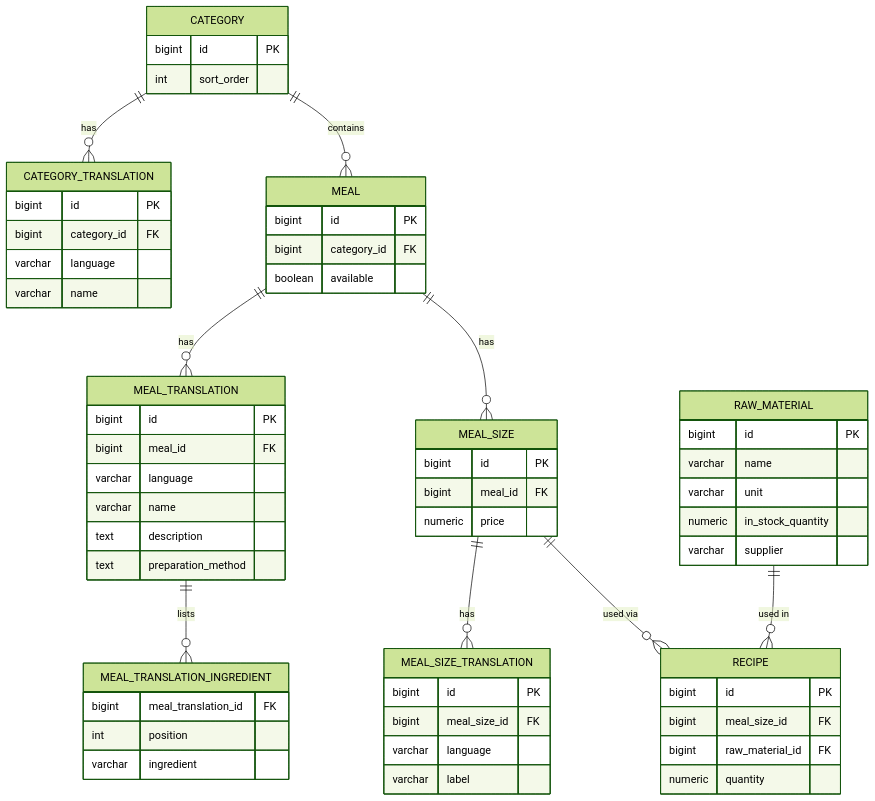
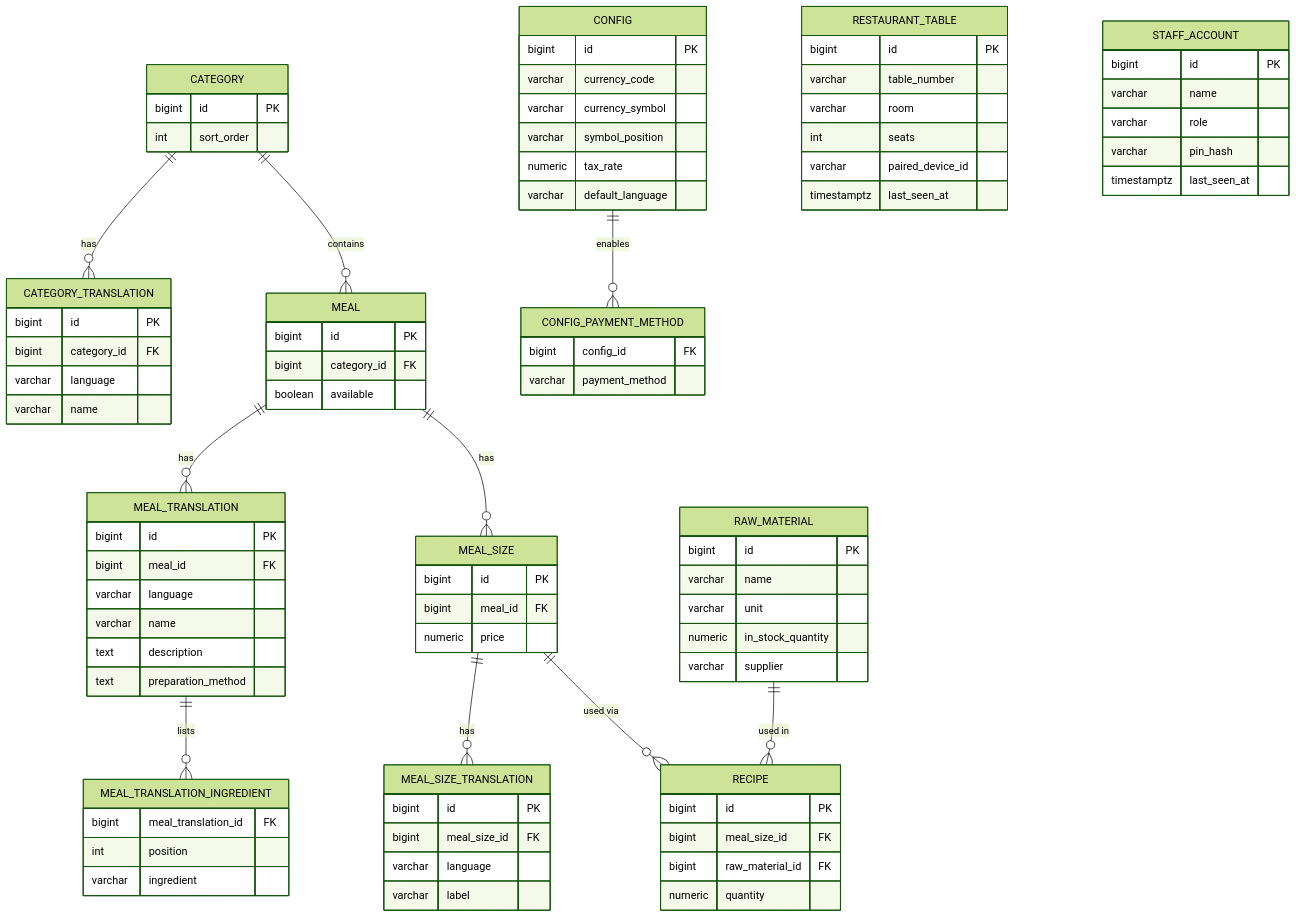
The diagram in Documentation/database-schema.md (osamasado/Restaurant-Orders-Management), drawn with Mermaid (forest theme) before and after one commit. The commit also changed other lines of this file and 1 other file, not shown here.

Commit message:
Document issue #4 implementation and update schema diagram

````diff
--- a/Documentation/database-schema.md
+++ b/Documentation/database-schema.md
@@ -12,6 +12,7 @@
     MEAL_SIZE ||--o{ MEAL_SIZE_TRANSLATION : has
     MEAL_SIZE ||--o{ RECIPE : "used via"
     RAW_MATERIAL ||--o{ RECIPE : "used in"
+    CONFIG ||--o{ CONFIG_PAYMENT_METHOD : enables
 
     CATEGORY {
         bigint id PK
@@ -65,4 +66,31 @@
         bigint raw_material_id FK
         numeric quantity
     }
+    RESTAURANT_TABLE {
+        bigint id PK
+        varchar table_number
+        varchar room
+        int seats
+        varchar paired_device_id
+        timestamptz last_seen_at
+    }
+    STAFF_ACCOUNT {
+        bigint id PK
+        varchar name
+        varchar role
+        varchar pin_hash
+        timestamptz last_seen_at
+    }
+    CONFIG {
+        bigint id PK
+        varchar currency_code
+        varchar currency_symbol
+        varchar symbol_position
+        numeric tax_rate
+        varchar default_language
+    }
+    CONFIG_PAYMENT_METHOD {
+        bigint config_id FK
+        varchar payment_method
+    }
 ```
````
